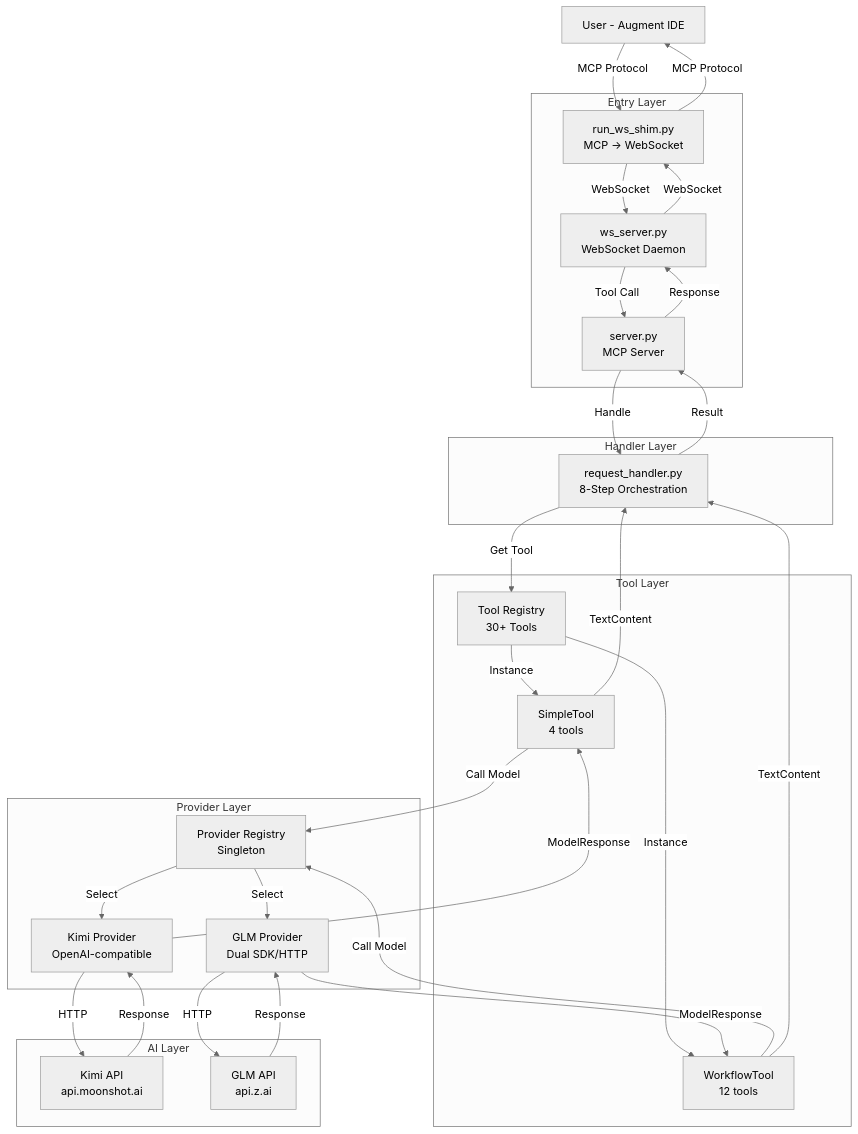
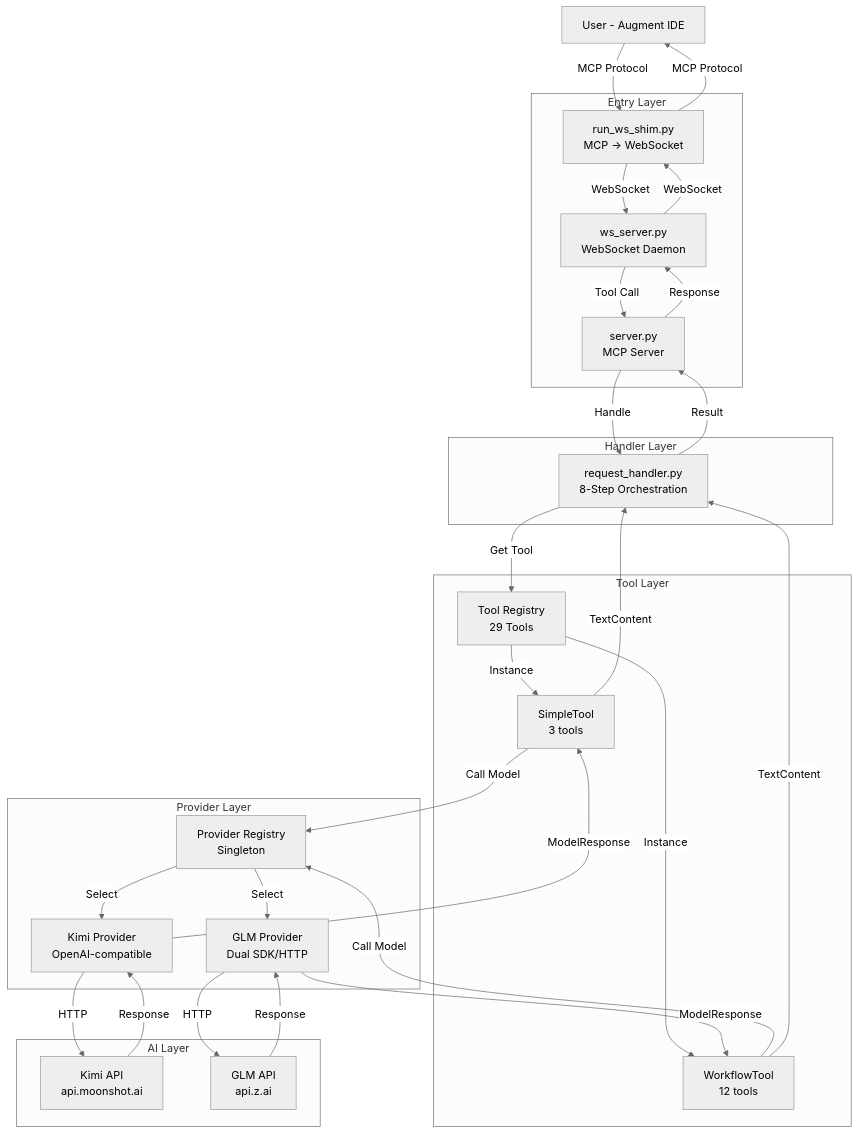
One commit to Zazzles2908/EX-AI-MCP-Server changed the first of 4 diagrams in docs/ARCHAEOLOGICAL_DIG/phase2_connections/PHASE2_COMPREHENSIVE_SUMMARY.md. Above: the diagram before and after it, drawn with Mermaid (neutral theme). The commit also changed other lines of this file and 3 other files, not shown here.

````diff
--- a/docs/ARCHAEOLOGICAL_DIG/phase2_connections/PHASE2_COMPREHENSIVE_SUMMARY.md
+++ b/docs/ARCHAEOLOGICAL_DIG/phase2_connections/PHASE2_COMPREHENSIVE_SUMMARY.md
@@ -145,55 +145,55 @@
 ```mermaid
 graph TB
     User[User - Augment IDE]
     
     subgraph "Entry Layer"
         Shim[run_ws_shim.py<br/>MCP → WebSocket]
         Daemon[ws_server.py<br/>WebSocket Daemon]
         Server[server.py<br/>MCP Server]
     end
     
     subgraph "Handler Layer"
         ReqHandler[request_handler.py<br/>8-Step Orchestration]
     end
     
     subgraph "Tool Layer"
-        ToolRegistry[Tool Registry<br/>30+ Tools]
-        SimpleTool[SimpleTool<br/>4 tools]
+        ToolRegistry[Tool Registry<br/>29 Tools]
+        SimpleTool[SimpleTool<br/>3 tools]
         WorkflowTool[WorkflowTool<br/>12 tools]
     end
     
     subgraph "Provider Layer"
         ProviderRegistry[Provider Registry<br/>Singleton]
         Kimi[Kimi Provider<br/>OpenAI-compatible]
         GLM[GLM Provider<br/>Dual SDK/HTTP]
     end
     
     subgraph "AI Layer"
         KimiAPI[Kimi API<br/>api.moonshot.ai]
         GLMAPI[GLM API<br/>api.z.ai]
     end
     
     User -->|MCP Protocol| Shim
     Shim -->|WebSocket| Daemon
     Daemon -->|Tool Call| Server
     Server -->|Handle| ReqHandler
     ReqHandler -->|Get Tool| ToolRegistry
     ToolRegistry -->|Instance| SimpleTool
     ToolRegistry -->|Instance| WorkflowTool
     SimpleTool -->|Call Model| ProviderRegistry
     WorkflowTool -->|Call Model| ProviderRegistry
     ProviderRegistry -->|Select| Kimi
     ProviderRegistry -->|Select| GLM
     Kimi -->|HTTP| KimiAPI
     GLM -->|HTTP| GLMAPI
     KimiAPI -->|Response| Kimi
     GLMAPI -->|Response| GLM
     Kimi -->|ModelResponse| SimpleTool
     GLM -->|ModelResponse| WorkflowTool
     SimpleTool -->|TextContent| ReqHandler
     WorkflowTool -->|TextContent| ReqHandler
     ReqHandler -->|Result| Server
     Server -->|Response| Daemon
     Daemon -->|WebSocket| Shim
     Shim -->|MCP Protocol| User
 ```
````
